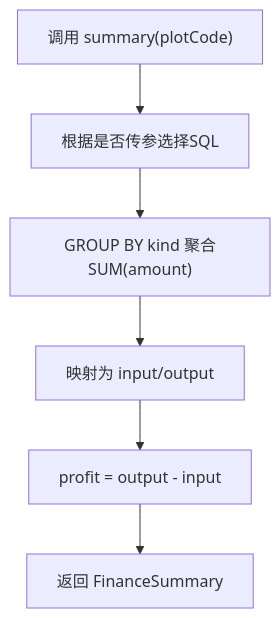
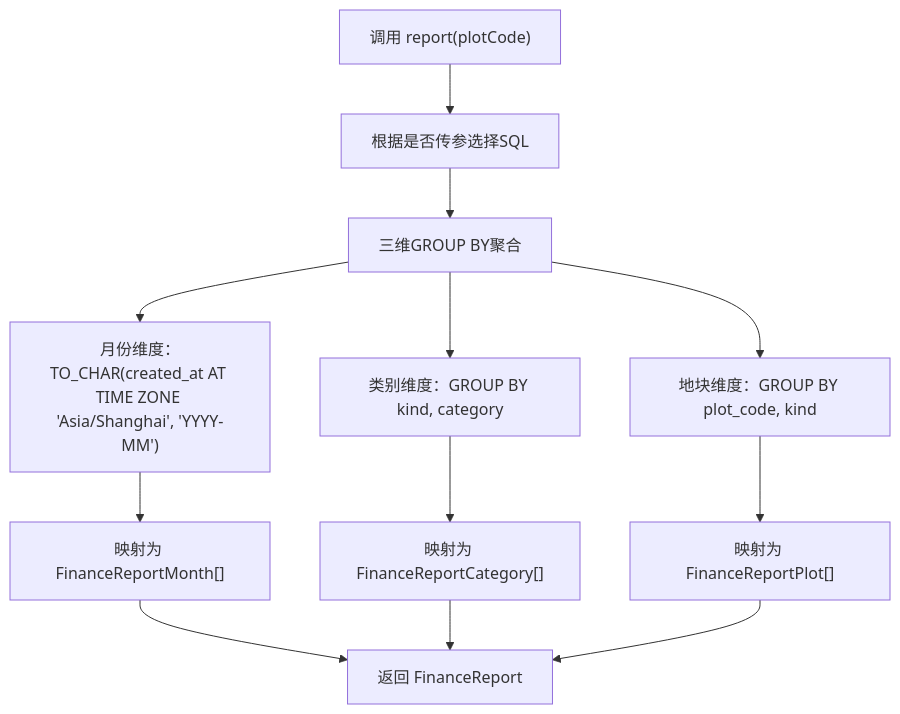
One commit to q446328246/agri-platform changed the fifth of 11 diagrams in .qoder/repowiki/zh/content/核心服务文档/财务管理服务.md. Above: the diagram before and after it, drawn with Mermaid. The commit also changed other lines of this file and 52 other files, not shown here.

````diff
--- a/.qoder/repowiki/zh/content/核心服务文档/财务管理服务.md
+++ b/.qoder/repowiki/zh/content/核心服务文档/财务管理服务.md
@@ -195,8 +241,14 @@
 ```mermaid
 flowchart TD
-A["调用 summary(plotCode)"] --> B["根据是否传参选择SQL"]
-B --> C["GROUP BY kind 聚合SUM(amount)"]
-C --> D["映射为 input/output"]
-D --> E["profit = output - input"]
-E --> F["返回 FinanceSummary"]
+A["调用 report(plotCode)"] --> B["根据是否传参选择SQL"]
+B --> C["三维GROUP BY聚合"]
+C --> D["月份维度：TO_CHAR(created_at AT TIME ZONE 'Asia/Shanghai', 'YYYY-MM')"]
+C --> E["类别维度：GROUP BY kind, category"]
+C --> F["地块维度：GROUP BY plot_code, kind"]
+D --> G["映射为 FinanceReportMonth[]"]
+E --> H["映射为 FinanceReportCategory[]"]
+F --> I["映射为 FinanceReportPlot[]"]
+G --> J["返回 FinanceReport"]
+H --> J
+I --> J
 ```
````
